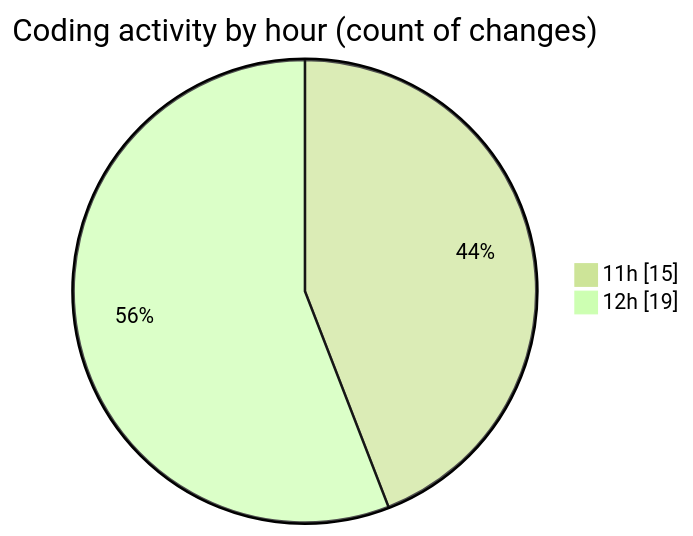
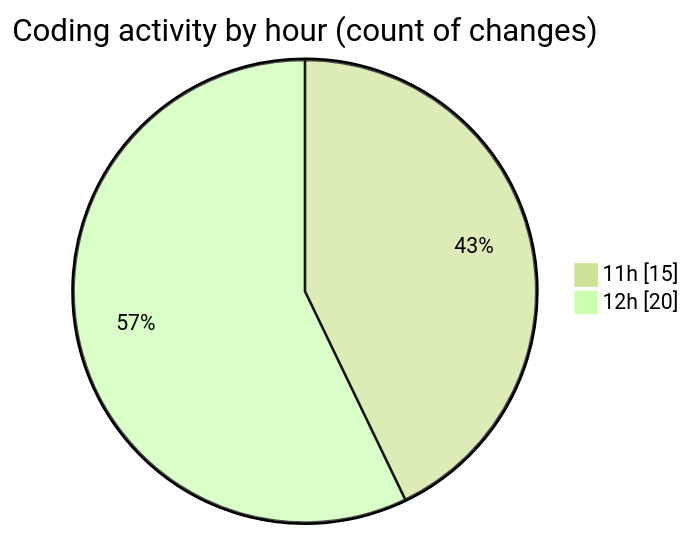
One commit to nxtqubesakshisongat/code-tracking changed the second of 2 diagrams in 2025-06-28/argos/README.md. Above: the diagram before and after it, drawn with Mermaid (forest theme). The commit also changed other lines of this file and 1 other file, not shown here.

````diff
--- a/2025-06-28/argos/README.md
+++ b/2025-06-28/argos/README.md
@@ -35,6 +35,6 @@
 ```mermaid
 pie showData
 title Coding activity by hour (count of changes)
 "11h" : 15
-"12h" : 19
+"12h" : 20
 ```
````
